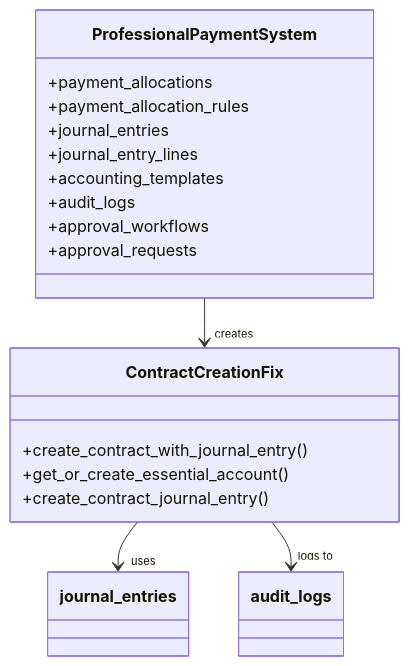
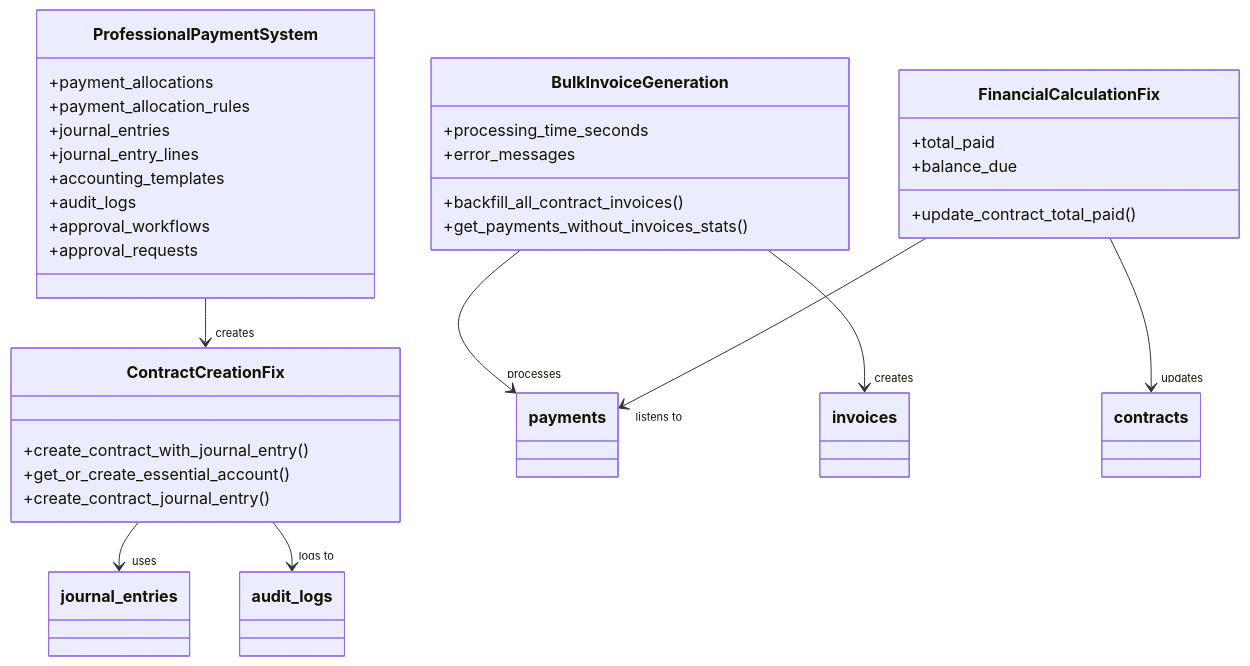
The third of 4 diagrams in .qoder/repowiki/en/content/Database Schema Design/Migration System.md (khamis1992/fleetifyapp), drawn with Mermaid before and after one commit. The commit also changed other lines of this file and 20 other files, not shown here.

````diff
--- a/.qoder/repowiki/en/content/Database Schema Design/Migration System.md
+++ b/.qoder/repowiki/en/content/Database Schema Design/Migration System.md
@@ -113,21 +147,36 @@
 ```mermaid
 classDiagram
 class ProfessionalPaymentSystem {
 +payment_allocations
 +payment_allocation_rules
 +journal_entries
 +journal_entry_lines
 +accounting_templates
 +audit_logs
 +approval_workflows
 +approval_requests
 }
 class ContractCreationFix {
 +create_contract_with_journal_entry()
 +get_or_create_essential_account()
 +create_contract_journal_entry()
 }
+class BulkInvoiceGeneration {
++backfill_all_contract_invoices()
++get_payments_without_invoices_stats()
++processing_time_seconds
++error_messages
+}
+class FinancialCalculationFix {
++update_contract_total_paid()
++total_paid
++balance_due
+}
 ProfessionalPaymentSystem --> "creates" ContractCreationFix
 ContractCreationFix --> "uses" journal_entries
 ContractCreationFix --> "logs to" audit_logs
+BulkInvoiceGeneration --> "processes" payments
+BulkInvoiceGeneration --> "creates" invoices
+FinancialCalculationFix --> "updates" contracts
+FinancialCalculationFix --> "listens to" payments
 ```
````
